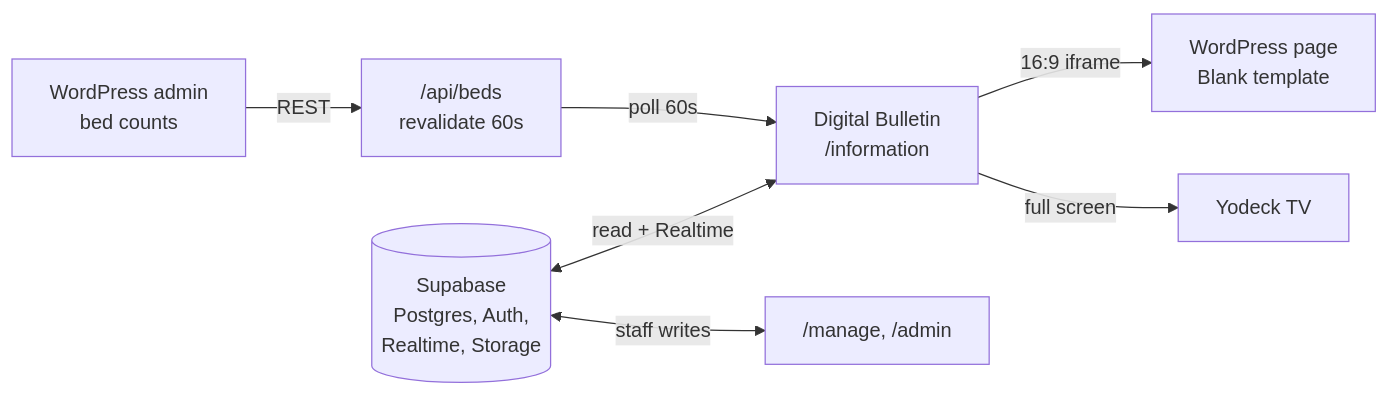
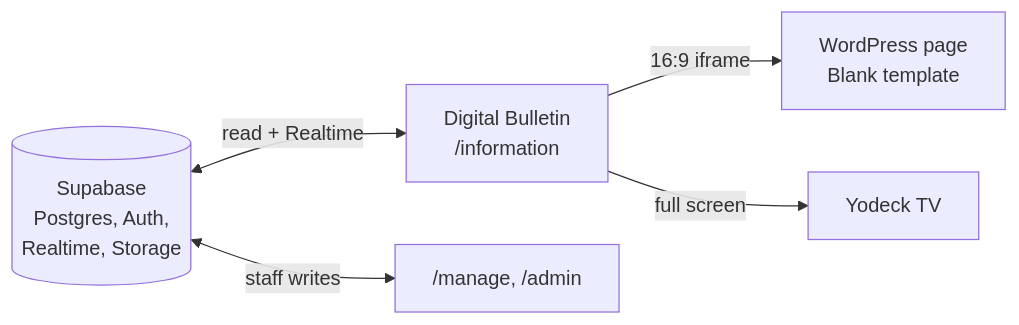
The diagram in README.md (scrisostomoSMCS/SMCS-Digital-Display), drawn with Mermaid before and after one commit. The commit also changed other lines of this file and 4 other files, not shown here.

First line of the commit message:
Phased out all WordPress implementation.

````diff
--- a/README.md
+++ b/README.md
@@ -57,9 +53,7 @@
 ```mermaid
 flowchart LR
-    WP["WordPress admin<br/>bed counts"] -->|REST| API["/api/beds<br/>revalidate 60s"]
-    API -->|poll 60s| BUL["Digital Bulletin<br/>/information"]
-    SB[("Supabase<br/>Postgres, Auth,<br/>Realtime, Storage")] <-->|read + Realtime| BUL
+    SB[("Supabase<br/>Postgres, Auth,<br/>Realtime, Storage")] <-->|read + Realtime| BUL["Digital Bulletin<br/>/information"]
     SB <-->|staff writes| MAN["/manage, /admin"]
     BUL -->|16:9 iframe| WPPAGE["WordPress page<br/>Blank template"]
     BUL -->|full screen| YOD["Yodeck TV"]
 ```
````
